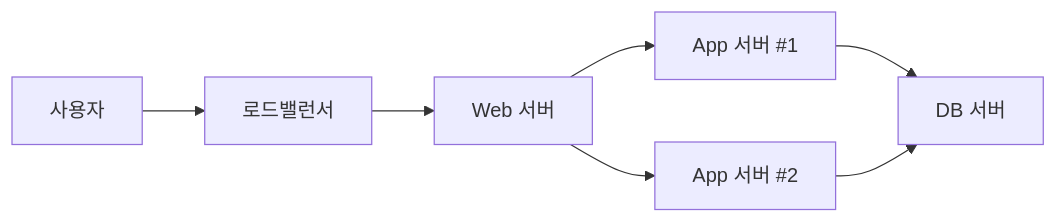
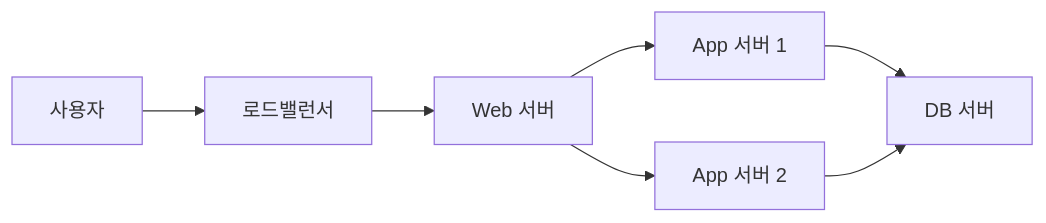
One commit to i31pc17/bitbook changed the fourth of 4 diagrams in AWS로 이해하는 클라우드 컴퓨팅 기초/8장. 서버 아키텍처의 기초 이해.md. Above: the diagram before and after it, drawn with Mermaid. The commit also changed other lines of this file and 1 other file, not shown here.

Commit message:
문서 추가

````diff
--- a/AWS로 이해하는 클라우드 컴퓨팅 기초/8장. 서버 아키텍처의 기초 이해.md
+++ b/AWS로 이해하는 클라우드 컴퓨팅 기초/8장. 서버 아키텍처의 기초 이해.md
@@ -227,9 +227,9 @@
 ```mermaid
 flowchart LR
-  U[사용자] --> LB[로드밸런서]
-  LB --> W[Web 서버]
-  W --> A1[App 서버 #1]
-  W --> A2[App 서버 #2]
-  A1 --> DB[DB 서버]
-  A2 --> DB
+    U["사용자"] --> LB["로드밸런서"]
+    LB --> W["Web 서버"]
+    W --> A1["App 서버 1"]
+    W --> A2["App 서버 2"]
+    A1 --> DB["DB 서버"]
+    A2 --> DB
 ```
````
